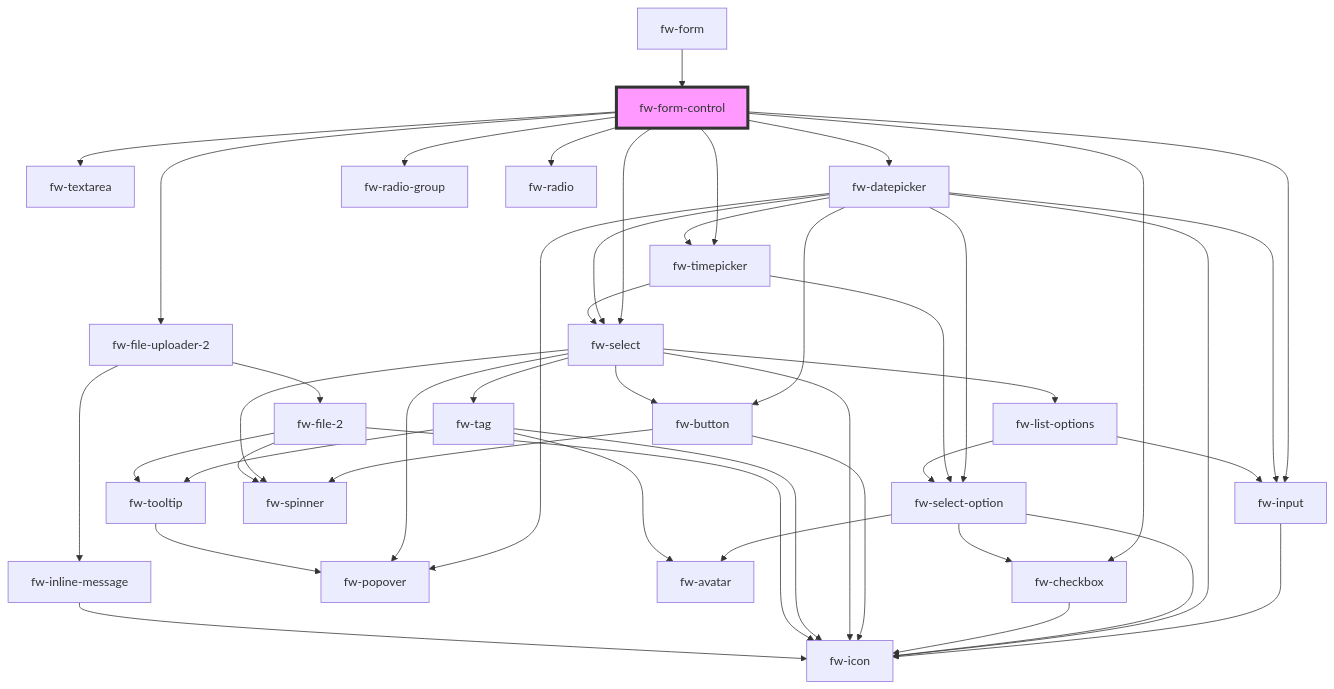
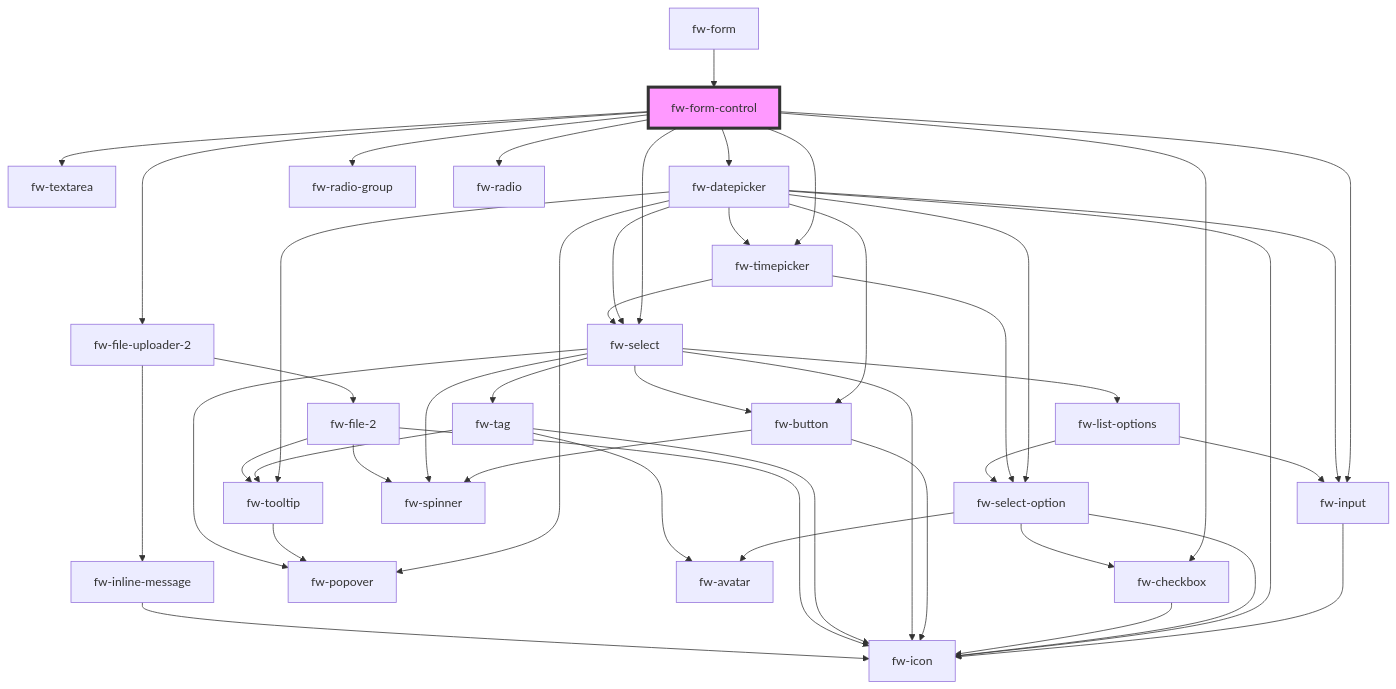
Before and after one commit to freshworks/crayons: the diagram in packages/crayons-core/src/components/form-control/readme.md, drawn with Mermaid. The commit also changed 7 other files, not shown here.

````diff
--- a/packages/crayons-core/src/components/form-control/readme.md
+++ b/packages/crayons-core/src/components/form-control/readme.md
@@ -61,48 +61,49 @@
 ```mermaid
 graph TD;
   fw-form-control --> fw-input
   fw-form-control --> fw-textarea
   fw-form-control --> fw-datepicker
   fw-form-control --> fw-checkbox
   fw-form-control --> fw-radio-group
   fw-form-control --> fw-radio
   fw-form-control --> fw-select
   fw-form-control --> fw-timepicker
   fw-form-control --> fw-file-uploader-2
   fw-input --> fw-icon
+  fw-datepicker --> fw-tooltip
+  fw-datepicker --> fw-icon
   fw-datepicker --> fw-select-option
   fw-datepicker --> fw-button
   fw-datepicker --> fw-input
   fw-datepicker --> fw-timepicker
   fw-datepicker --> fw-popover
-  fw-datepicker --> fw-icon
   fw-datepicker --> fw-select
+  fw-tooltip --> fw-popover
   fw-select-option --> fw-icon
   fw-select-option --> fw-checkbox
   fw-select-option --> fw-avatar
   fw-checkbox --> fw-icon
   fw-button --> fw-spinner
   fw-button --> fw-icon
   fw-timepicker --> fw-select
   fw-timepicker --> fw-select-option
   fw-select --> fw-tag
   fw-select --> fw-popover
   fw-select --> fw-button
   fw-select --> fw-spinner
   fw-select --> fw-icon
   fw-select --> fw-list-options
   fw-tag --> fw-tooltip
   fw-tag --> fw-avatar
   fw-tag --> fw-icon
-  fw-tooltip --> fw-popover
   fw-list-options --> fw-select-option
   fw-list-options --> fw-input
   fw-file-uploader-2 --> fw-file-2
   fw-file-uploader-2 --> fw-inline-message
   fw-file-2 --> fw-icon
   fw-file-2 --> fw-tooltip
   fw-file-2 --> fw-spinner
   fw-inline-message --> fw-icon
   fw-form --> fw-form-control
   style fw-form-control fill:#f9f,stroke:#333,stroke-width:4px
 ```
````
